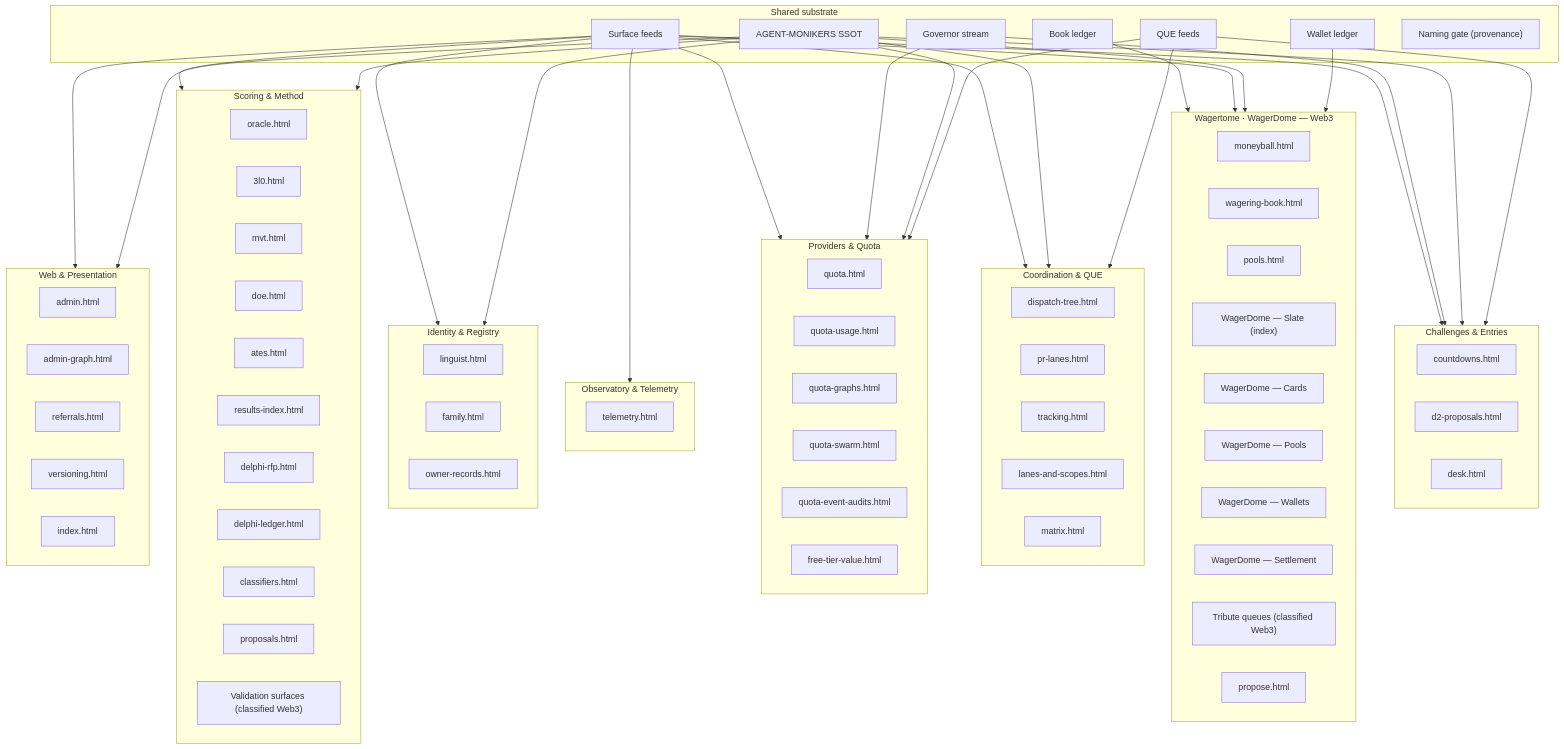
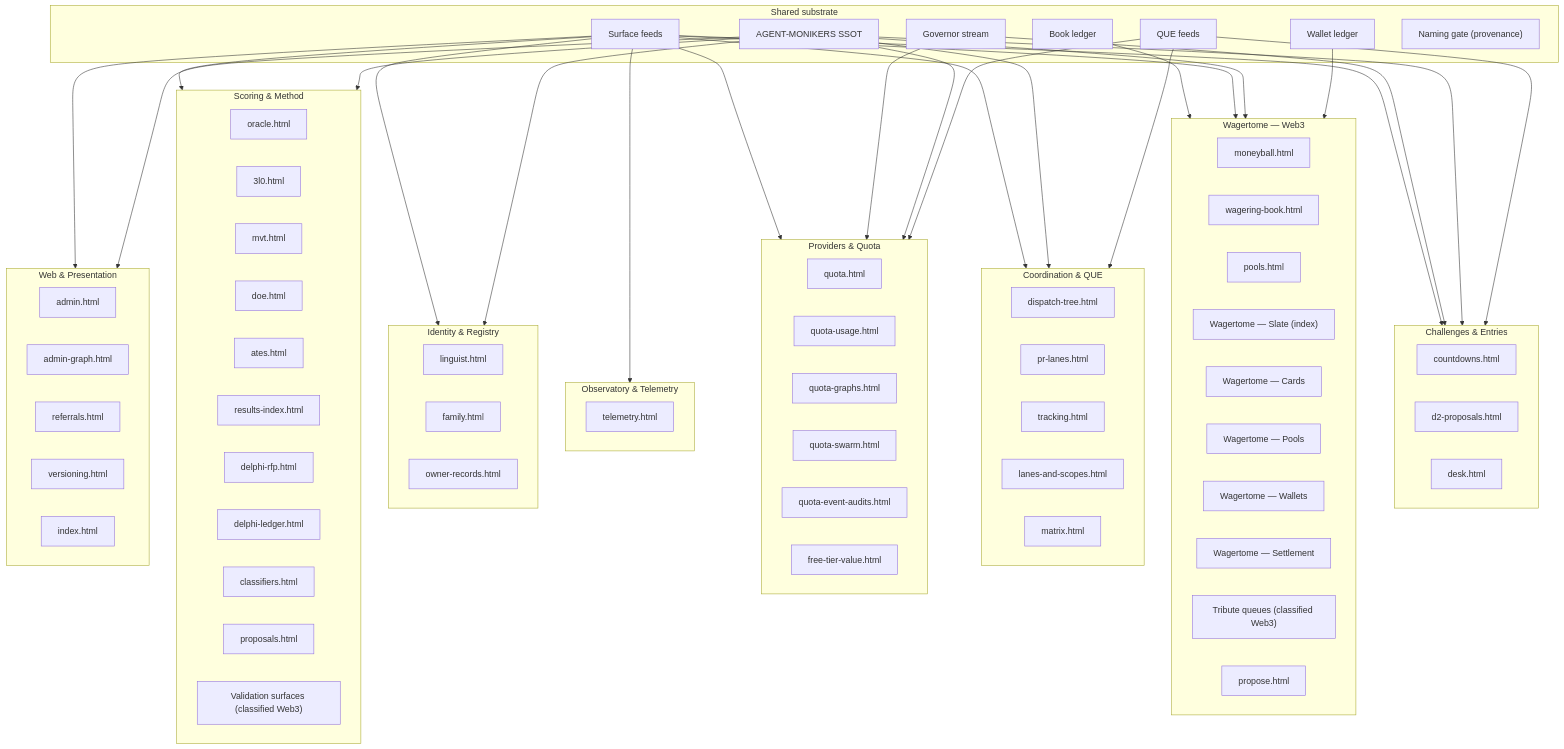
The diagram in docs/ops/SURFACES-MAP.md (timerloggedout-spec/termux-monorepo), drawn with Mermaid before and after one commit. The commit also changed other lines of this file and 1 other file, not shown here.

Commit message:
viz(map): pair-rule fix - rows/group carry Wagertome only; WagerDome = held arena mark in brand section

```diff
--- a/docs/ops/SURFACES-MAP.md
+++ b/docs/ops/SURFACES-MAP.md
@@ -48,15 +48,15 @@
     entries_1["d2-proposals.html"]
     entries_2["desk.html"]
   end
-  subgraph PL_moneyball["Wagertome · WagerDome — Web3"]
+  subgraph PL_moneyball["Wagertome — Web3"]
     moneyball_0["moneyball.html"]
     moneyball_1["wagering-book.html"]
     moneyball_2["pools.html"]
-    moneyball_3["WagerDome — Slate (index)"]
-    moneyball_4["WagerDome — Cards"]
-    moneyball_5["WagerDome — Pools"]
-    moneyball_6["WagerDome — Wallets"]
-    moneyball_7["WagerDome — Settlement"]
+    moneyball_3["Wagertome — Slate (index)"]
+    moneyball_4["Wagertome — Cards"]
+    moneyball_5["Wagertome — Pools"]
+    moneyball_6["Wagertome — Wallets"]
+    moneyball_7["Wagertome — Settlement"]
     moneyball_8["Tribute queues (classified Web3)"]
     moneyball_9["propose.html"]
   end
```
